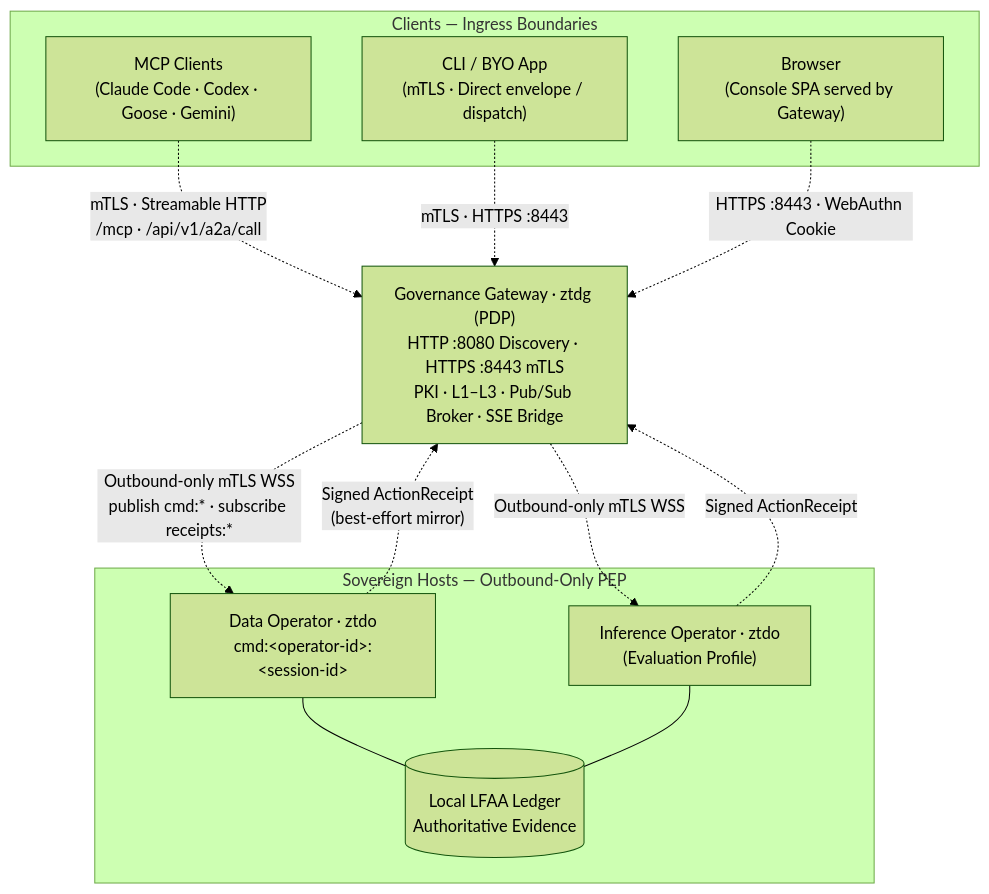
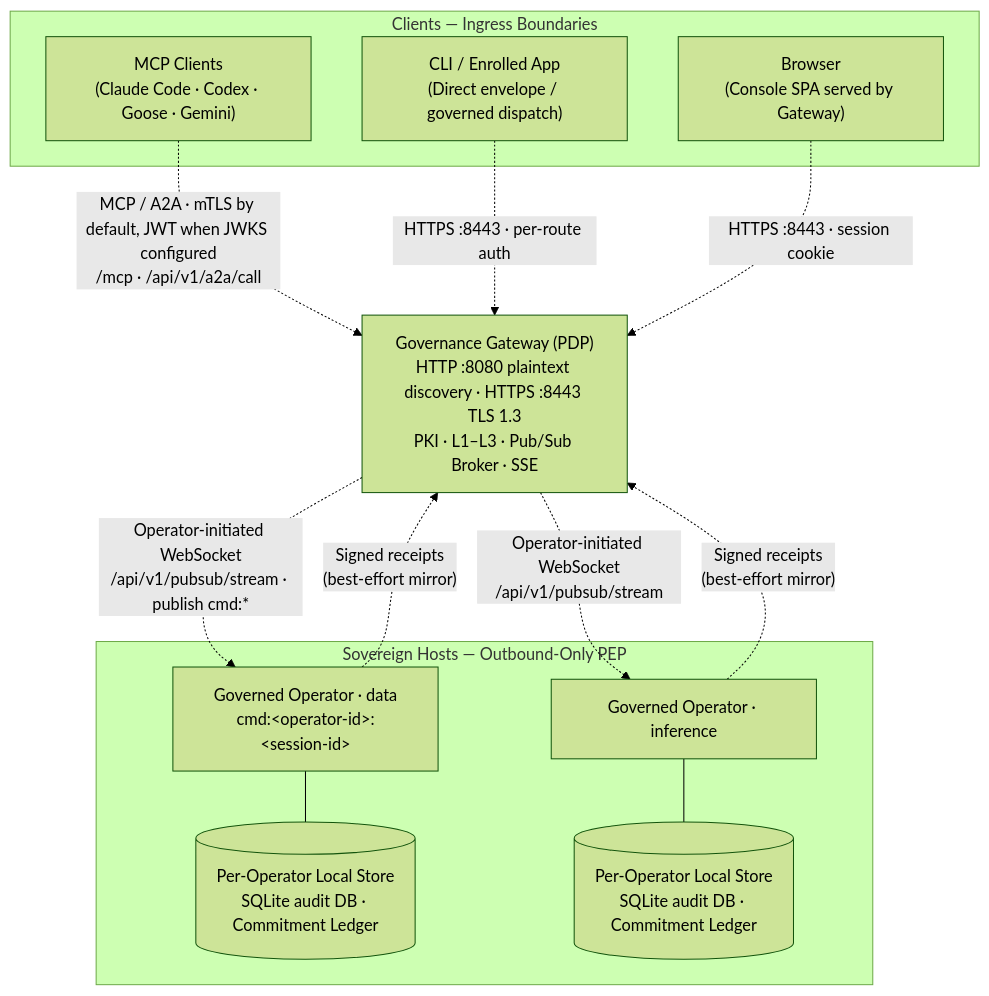
The diagram in docs/diagrams/graph-gateway-fleet-single-host-http-mtls.md (zerotrustdata/ztd), drawn with Mermaid (forest theme) before and after one commit. The commit also changed other lines of this file and 641 other files, not shown here.

````diff
--- a/docs/diagrams/graph-gateway-fleet-single-host-http-mtls.md
+++ b/docs/diagrams/graph-gateway-fleet-single-host-http-mtls.md
@@ -26,27 +26,28 @@
 ```mermaid
 graph TD
     subgraph Clients ["Clients — Ingress Boundaries"]
         MCP["MCP Clients<br/>(Claude Code · Codex · Goose · Gemini)"]
-        CLI["CLI / BYO App<br/>(mTLS · Direct envelope / dispatch)"]
+        CLI["CLI / Enrolled App<br/>(Direct envelope / governed dispatch)"]
         Browser["Browser<br/>(Console SPA served by Gateway)"]
     end
 
-    GW["Governance Gateway · ztdg (PDP)<br/>HTTP :8080 Discovery · HTTPS :8443 mTLS<br/>PKI · L1–L3 · Pub/Sub Broker · SSE Bridge"]
+    GW["Governance Gateway (PDP)<br/>HTTP :8080 plaintext discovery · HTTPS :8443 TLS 1.3<br/>PKI · L1–L3 · Pub/Sub Broker · SSE"]
 
     subgraph Fleet ["Sovereign Hosts — Outbound-Only PEP"]
-        O1["Data Operator · ztdo<br/>cmd:&lt;operator-id&gt;:&lt;session-id&gt;"]
-        O2["Inference Operator · ztdo<br/>(Evaluation Profile)"]
-        D1[("Local LFAA Ledger<br/>Authoritative Evidence")]
+        O1["Governed Operator · data<br/>cmd:&lt;operator-id&gt;:&lt;session-id&gt;"]
+        O2["Governed Operator · inference"]
+        D1[("Per-Operator Local Store<br/>SQLite audit DB · Commitment Ledger")]
+        D2[("Per-Operator Local Store<br/>SQLite audit DB · Commitment Ledger")]
         O1 --- D1
-        O2 --- D1
+        O2 --- D2
     end
 
-    MCP -. "mTLS · Streamable HTTP<br/>/mcp · /api/v1/a2a/call" .-> GW
-    CLI -. "mTLS · HTTPS :8443" .-> GW
-    Browser -. "HTTPS :8443 · WebAuthn Cookie" .-> GW
+    MCP -. "MCP / A2A · mTLS by default, JWT when JWKS configured<br/>/mcp · /api/v1/a2a/call" .-> GW
+    CLI -. "HTTPS :8443 · per-route auth" .-> GW
+    Browser -. "HTTPS :8443 · session cookie" .-> GW
 
-    GW -. "Outbound-only mTLS WSS<br/>publish cmd:* · subscribe receipts:*" .-> O1
-    GW -. "Outbound-only mTLS WSS" .-> O2
-    O1 -. "Signed ActionReceipt<br/>(best-effort mirror)" .-> GW
-    O2 -. "Signed ActionReceipt" .-> GW
+    GW -. "Operator-initiated WebSocket<br/>/api/v1/pubsub/stream · publish cmd:*" .-> O1
+    GW -. "Operator-initiated WebSocket<br/>/api/v1/pubsub/stream" .-> O2
+    O1 -. "Signed receipts<br/>(best-effort mirror)" .-> GW
+    O2 -. "Signed receipts<br/>(best-effort mirror)" .-> GW
 ```
````
